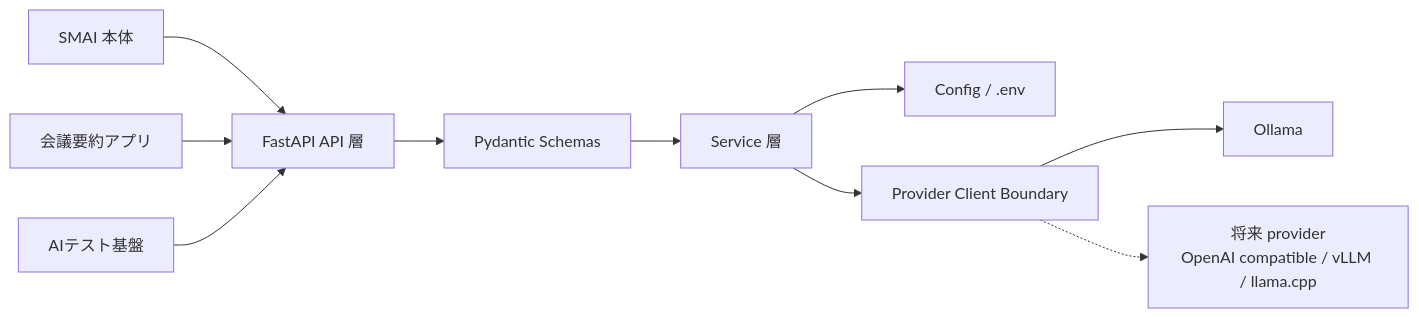
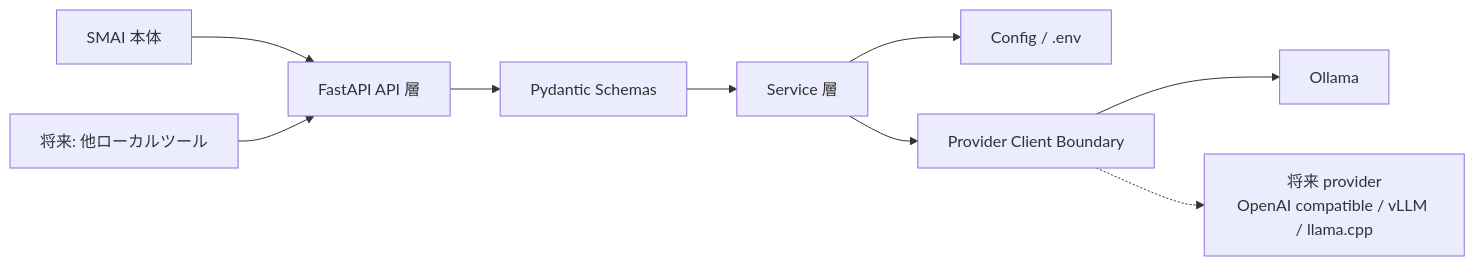
Before and after one commit to yuki-godzilla/Smart_Market_AI: the diagram in smai-ai-gateway/Project_Specification.md, drawn with Mermaid. The commit also changed other lines of this file and 9 other files, not shown here.

````diff
--- a/smai-ai-gateway/Project_Specification.md
+++ b/smai-ai-gateway/Project_Specification.md
@@ -42,23 +42,21 @@
 ```mermaid
 flowchart LR
   smai["SMAI 本体"]
-  meeting["会議要約アプリ"]
-  tests["AIテスト基盤"]
+  localtools["将来: 他ローカルツール"]
   api["FastAPI API 層"]
   schemas["Pydantic Schemas"]
   services["Service 層"]
   config["Config / .env"]
   client["Provider Client Boundary"]
   ollama["Ollama"]
   future["将来 provider<br/>OpenAI compatible / vLLM / llama.cpp"]
 
   smai --> api
-  meeting --> api
-  tests --> api
+  localtools --> api
   api --> schemas
   schemas --> services
   services --> config
   services --> client
   client --> ollama
   client -.-> future
 ```
````
